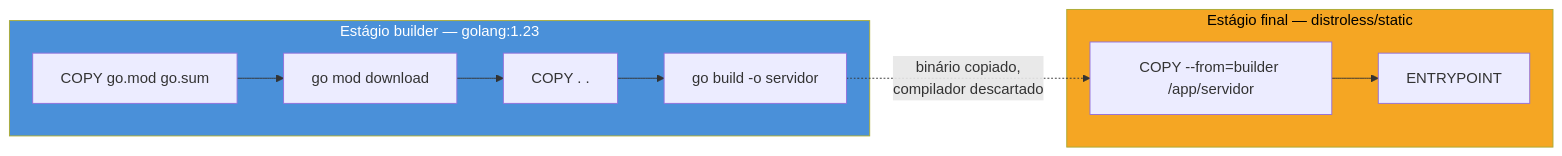
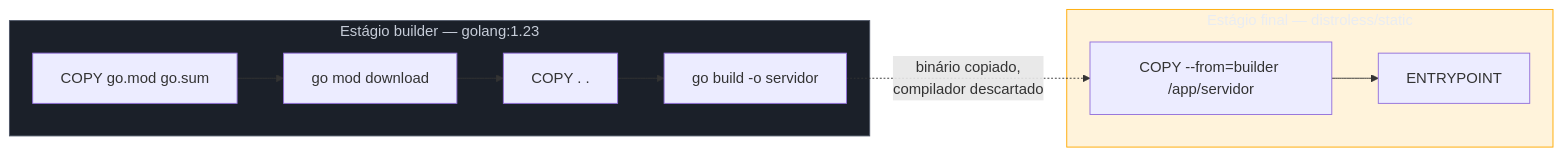
Before and after one commit to josenaldo/codex-technomanticus: the diagram in 03-Dominios/Tecnologia/Go/18 - Cloud-native e produção/04 - Docker — imagens mínimas.md, drawn with Mermaid. The commit also changed 1181 other files, not shown here.

First line of the commit message:
fix(diagramas): paleta do sistema no lugar de cor cravada no markdown

````diff
--- a/03-Dominios/Tecnologia/Go/18 - Cloud-native e produção/04 - Docker — imagens mínimas.md
+++ b/03-Dominios/Tecnologia/Go/18 - Cloud-native e produção/04 - Docker — imagens mínimas.md
@@ -55,15 +55,17 @@
 ```mermaid
 flowchart LR
+    classDef neutro fill:#1B2029,stroke:#4E5666,color:#C6CCD8
+    classDef destaque fill:#FFAA0024,stroke:#FFAA00,color:#E9ECF2
     subgraph S1["Estágio builder — golang:1.23"]
         A["COPY go.mod go.sum"] --> B["go mod download"]
         B --> C["COPY . ."]
         C --> D["go build -o servidor"]
     end
     subgraph S2["Estágio final — distroless/static"]
         E["COPY --from=builder /app/servidor"] --> F["ENTRYPOINT"]
     end
     D -.->|"binário copiado,\ncompilador descartado"| E
 
-    style S1 fill:#4A90D9,color:#fff
-    style S2 fill:#F5A623,color:#000
+    class S1 neutro
+    class S2 destaque
 ```
````
